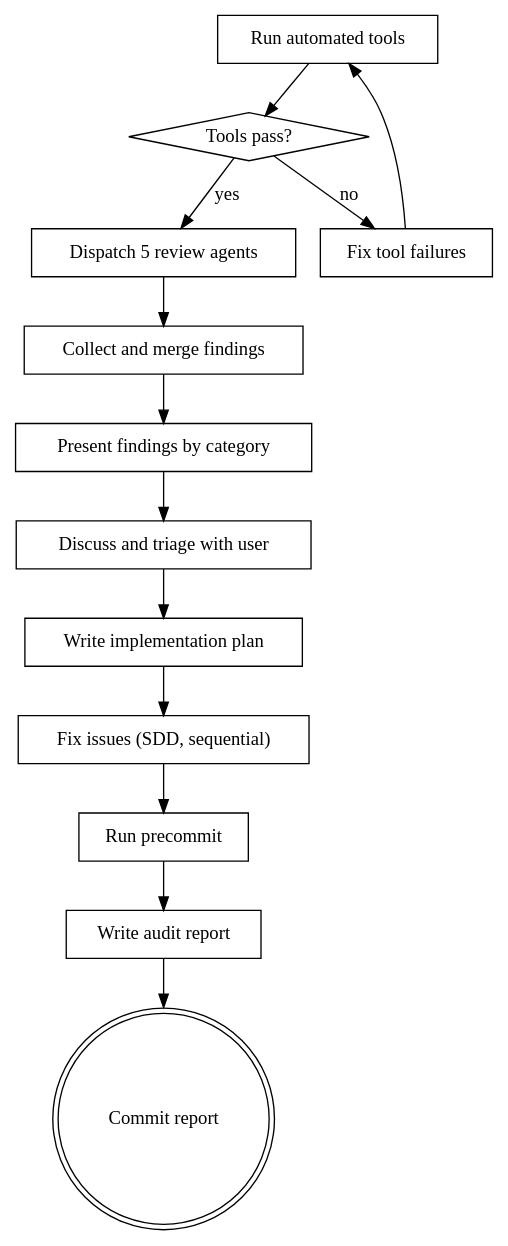
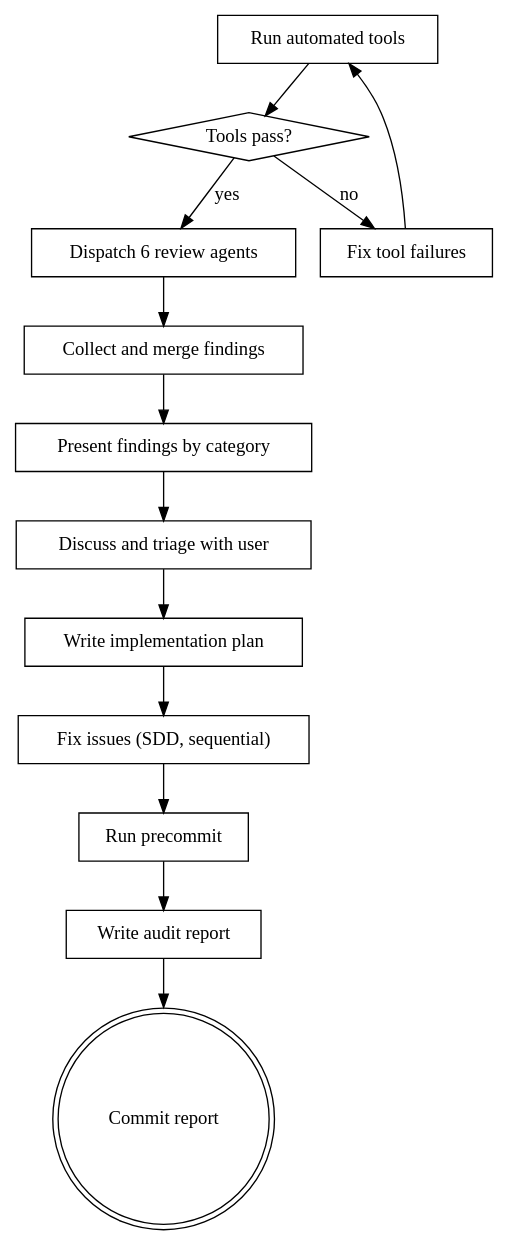
The diagram in skills/deep-clean/SKILL.md (strunkandwhite/dev), drawn with Graphviz before and after one commit. The commit also changed other lines of this file and 1 other file, not shown here.

````diff
--- a/skills/deep-clean/SKILL.md
+++ b/skills/deep-clean/SKILL.md
@@ -25,29 +25,29 @@
 ```dot
 digraph deep_clean {
     "Run automated tools" [shape=box];
     "Tools pass?" [shape=diamond];
     "Fix tool failures" [shape=box];
-    "Dispatch 5 review agents" [shape=box];
+    "Dispatch 6 review agents" [shape=box];
     "Collect and merge findings" [shape=box];
     "Present findings by category" [shape=box];
     "Discuss and triage with user" [shape=box];
     "Write implementation plan" [shape=box];
     "Fix issues (SDD, sequential)" [shape=box];
     "Run precommit" [shape=box];
     "Write audit report" [shape=box];
     "Commit report" [shape=doublecircle];
 
     "Run automated tools" -> "Tools pass?";
     "Tools pass?" -> "Fix tool failures" [label="no"];
     "Fix tool failures" -> "Run automated tools";
-    "Tools pass?" -> "Dispatch 5 review agents" [label="yes"];
-    "Dispatch 5 review agents" -> "Collect and merge findings";
+    "Tools pass?" -> "Dispatch 6 review agents" [label="yes"];
+    "Dispatch 6 review agents" -> "Collect and merge findings";
     "Collect and merge findings" -> "Present findings by category";
     "Present findings by category" -> "Discuss and triage with user";
     "Discuss and triage with user" -> "Write implementation plan";
     "Write implementation plan" -> "Fix issues (SDD, sequential)";
     "Fix issues (SDD, sequential)" -> "Run precommit";
     "Run precommit" -> "Write audit report";
     "Write audit report" -> "Commit report";
 }
 ```
````
